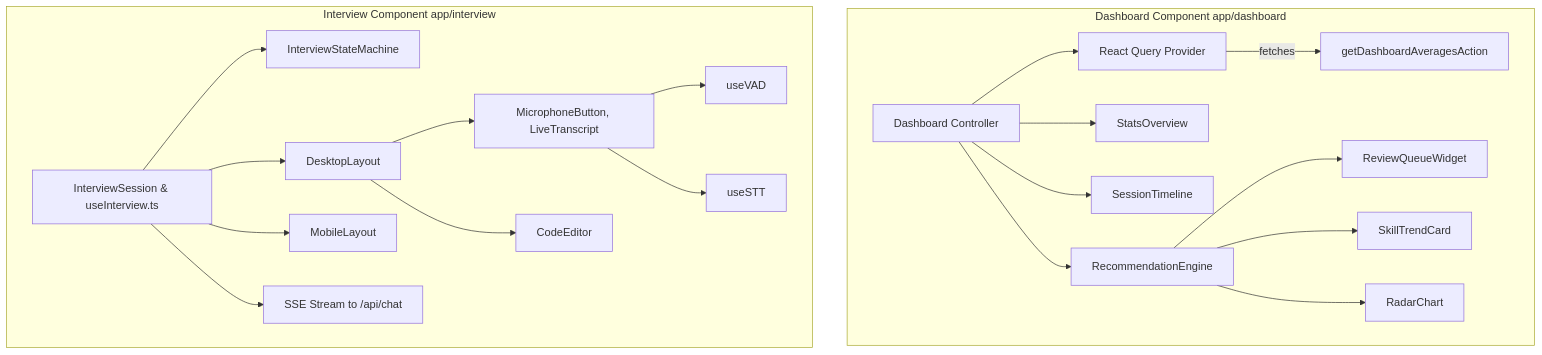
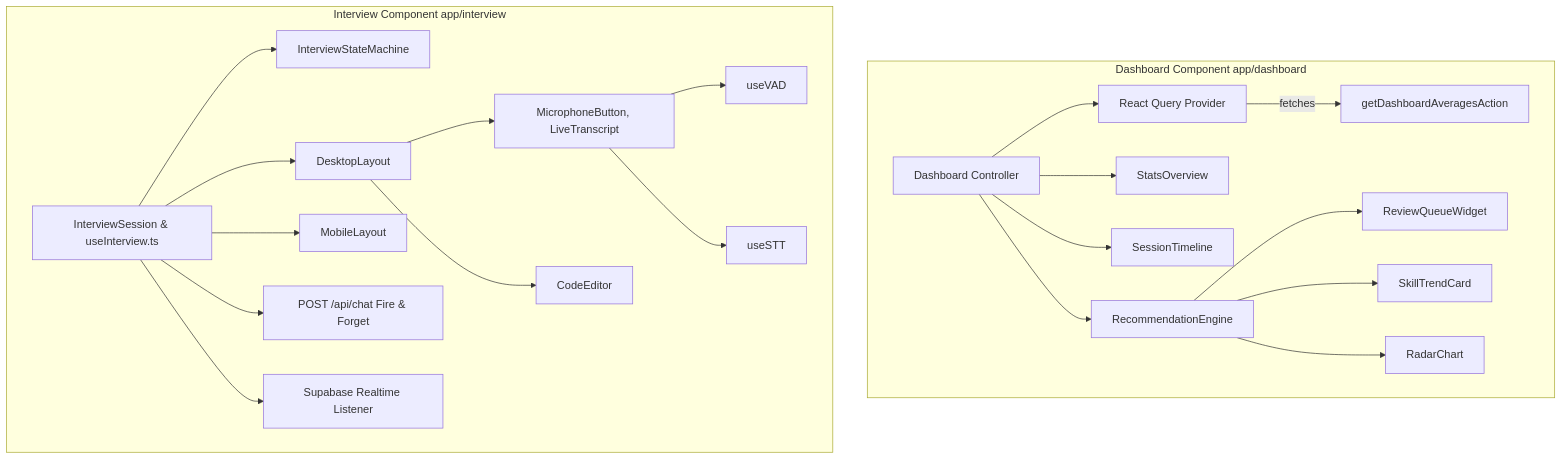
One commit to ANIRUDDH-001/algomind changed the fourth of 5 diagrams in README.md. Above: the diagram before and after it, drawn with Mermaid. The commit also changed other lines of this file, not shown here.

Commit message:
docs: update architecture diagrams for Inngest and Supabase Realtime

````diff
--- a/README.md
+++ b/README.md
@@ -172,28 +176,29 @@
 ```mermaid
 graph TD
     subgraph Dashboard [Dashboard Component app/dashboard]
         DBController[Dashboard Controller]
         RQ[React Query Provider]
         DBController --> RQ
         RQ --> |fetches| getDashboardAveragesAction
         DBController --> StatsOverview
         DBController --> SessionTimeline
         DBController --> RecommendationEngine
         RecommendationEngine --> ReviewQueueWidget
         RecommendationEngine --> SkillTrendCard
         RecommendationEngine --> RadarChart
     end
     
     subgraph Interview [Interview Component app/interview]
         IntController[InterviewSession & useInterview.ts]
         SM[InterviewStateMachine]
         IntController --> SM
         IntController --> DesktopLayout
         IntController --> MobileLayout
         DesktopLayout --> VoiceUI[MicrophoneButton, LiveTranscript]
         DesktopLayout --> CodeUI[CodeEditor]
         VoiceUI --> useVAD
         VoiceUI --> useSTT
-        IntController --> SSE[SSE Stream to /api/chat]
+        IntController --> API[POST /api/chat Fire & Forget]
+        IntController --> SupabaseRT[Supabase Realtime Listener]
     end
 ```
````
